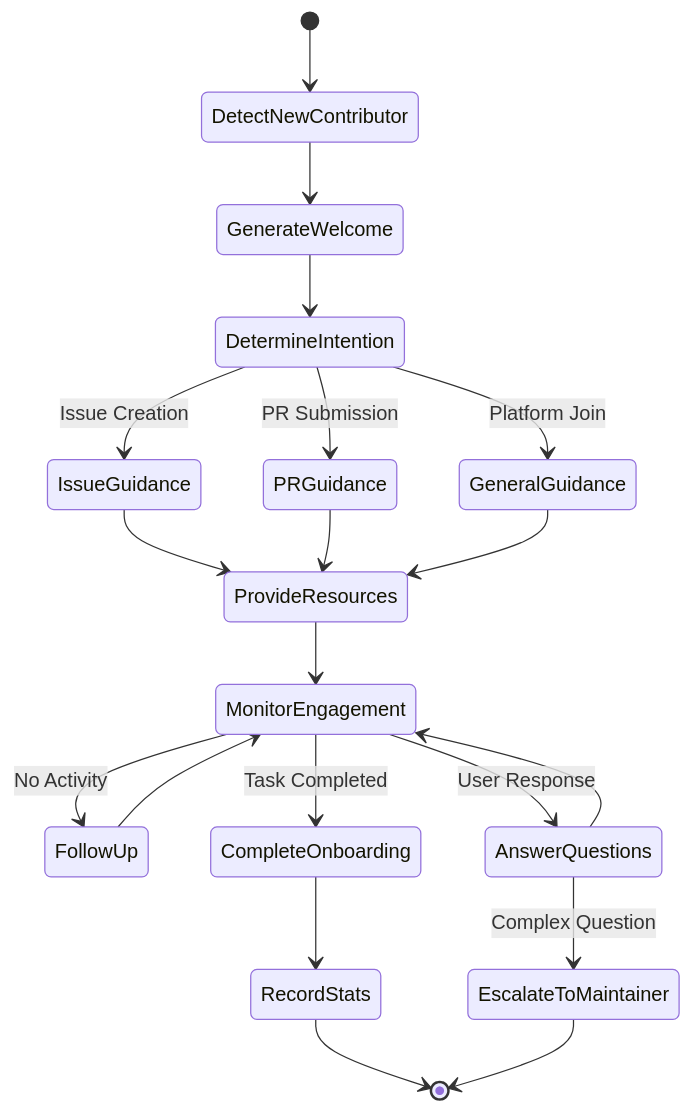
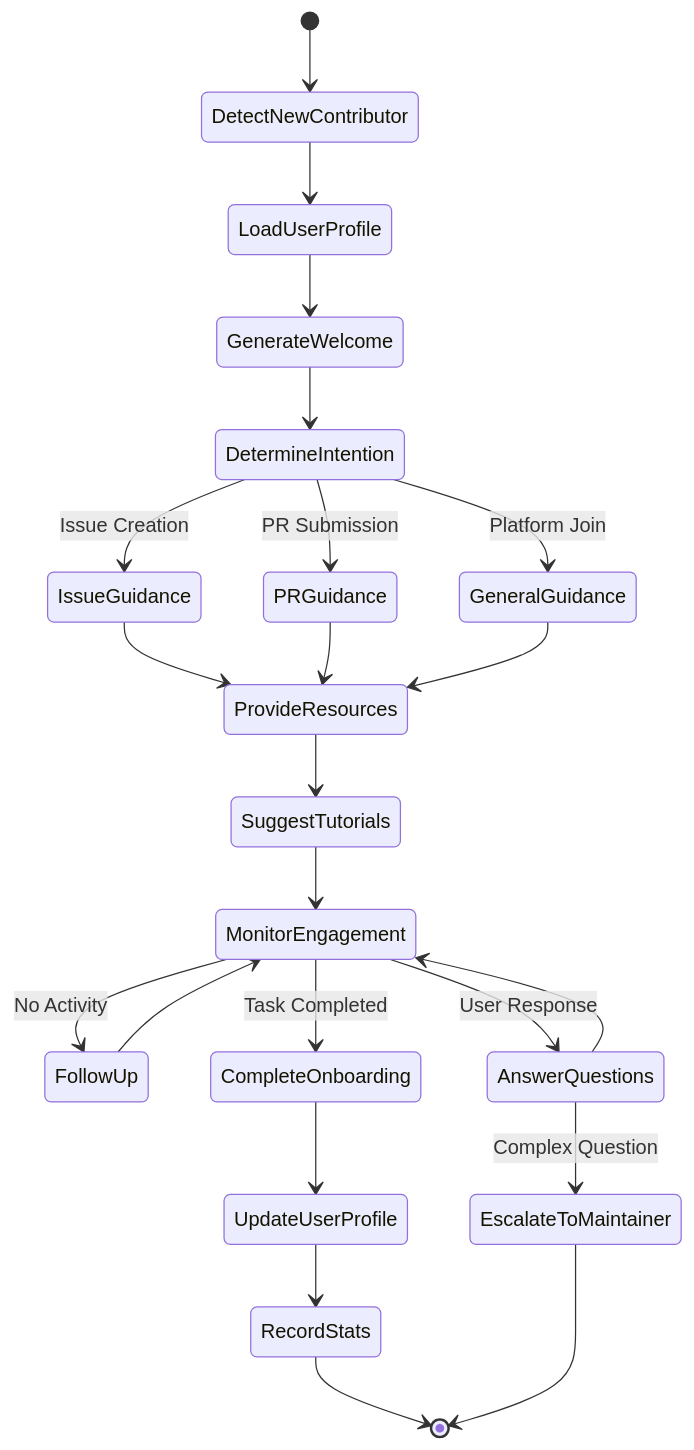
Before and after one commit to smokeyScraper/Devr.AI: the fifth of 12 diagrams in README.md, drawn with Mermaid. The commit also changed other lines of this file and 4 other files, not shown here.

Commit message:
update architecture and landing page

````diff
--- a/README.md
+++ b/README.md
@@ -484,30 +725,33 @@
 ```mermaid
 stateDiagram-v2
     [*] --> DetectNewContributor
-    
-    DetectNewContributor --> GenerateWelcome
+
+    DetectNewContributor --> LoadUserProfile
+    LoadUserProfile --> GenerateWelcome
     GenerateWelcome --> DetermineIntention
-    
+
     DetermineIntention --> IssueGuidance: Issue Creation
     DetermineIntention --> PRGuidance: PR Submission
     DetermineIntention --> GeneralGuidance: Platform Join
-    
+
     IssueGuidance --> ProvideResources
     PRGuidance --> ProvideResources
     GeneralGuidance --> ProvideResources
-    
-    ProvideResources --> MonitorEngagement
-    
+
+    ProvideResources --> SuggestTutorials
+    SuggestTutorials --> MonitorEngagement
+
     MonitorEngagement --> FollowUp: No Activity
     MonitorEngagement --> AnswerQuestions: User Response
     MonitorEngagement --> CompleteOnboarding: Task Completed
-    
+
     FollowUp --> MonitorEngagement
     AnswerQuestions --> MonitorEngagement
-    
-    CompleteOnboarding --> RecordStats
+
+    CompleteOnboarding --> UpdateUserProfile
+    UpdateUserProfile --> RecordStats
     RecordStats --> [*]
-    
+
     AnswerQuestions --> EscalateToMaintainer: Complex Question
     EscalateToMaintainer --> [*]
 ```
````
